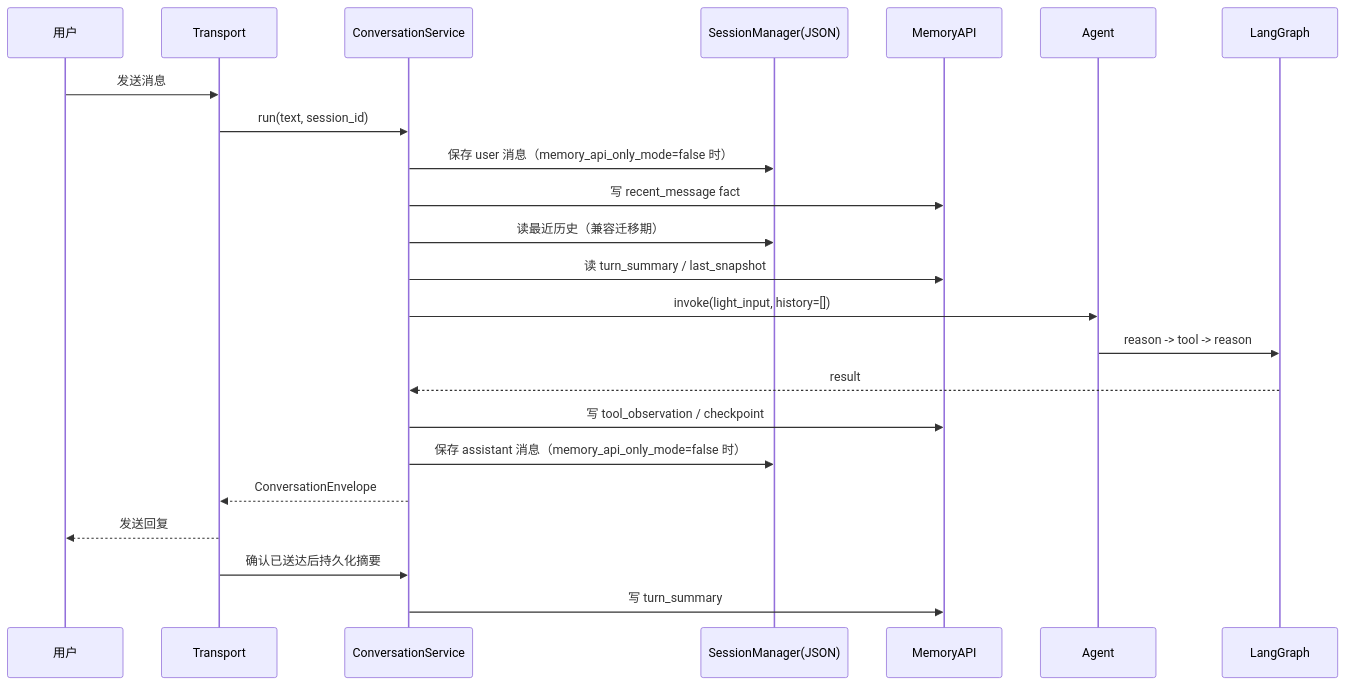
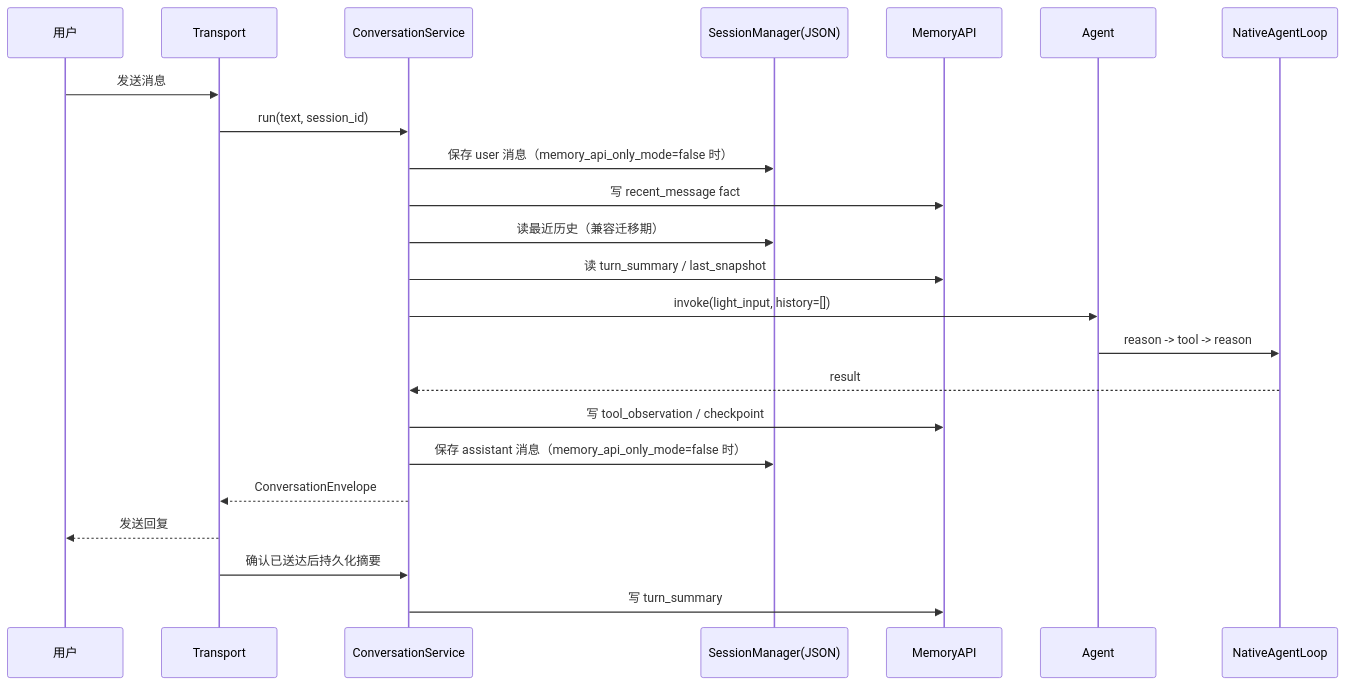
One commit to 7Gosts/MarketAssAgent changed the second of 2 diagrams in docs/00_PROJECT_ARCHITECTURE.md. Above: the diagram before and after it, drawn with Mermaid. The commit also changed other lines of this file and 5 other files, not shown here.

Commit message:
docs: refresh architecture docs for native agent loop

````diff
--- a/docs/00_PROJECT_ARCHITECTURE.md
+++ b/docs/00_PROJECT_ARCHITECTURE.md
@@ -58,26 +58,26 @@
 ```mermaid
 sequenceDiagram
     participant U as 用户
     participant T as Transport
     participant CS as ConversationService
     participant S as SessionManager(JSON)
     participant M as MemoryAPI
     participant A as Agent
-    participant G as LangGraph
+    participant G as NativeAgentLoop
 
     U->>T: 发送消息
     T->>CS: run(text, session_id)
     CS->>S: 保存 user 消息（memory_api_only_mode=false 时）
     CS->>M: 写 recent_message fact
     CS->>S: 读最近历史（兼容迁移期）
     CS->>M: 读 turn_summary / last_snapshot
     CS->>A: invoke(light_input, history=[])
     A->>G: reason -> tool -> reason
     G-->>CS: result
     CS->>M: 写 tool_observation / checkpoint
     CS->>S: 保存 assistant 消息（memory_api_only_mode=false 时）
     CS-->>T: ConversationEnvelope
     T-->>U: 发送回复
     T->>CS: 确认已送达后持久化摘要
     CS->>M: 写 turn_summary
 ```
````
